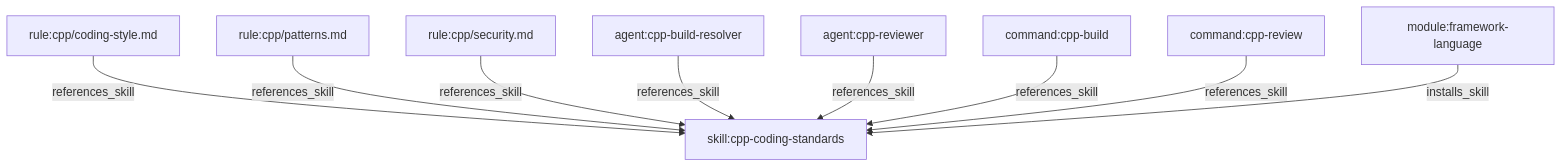
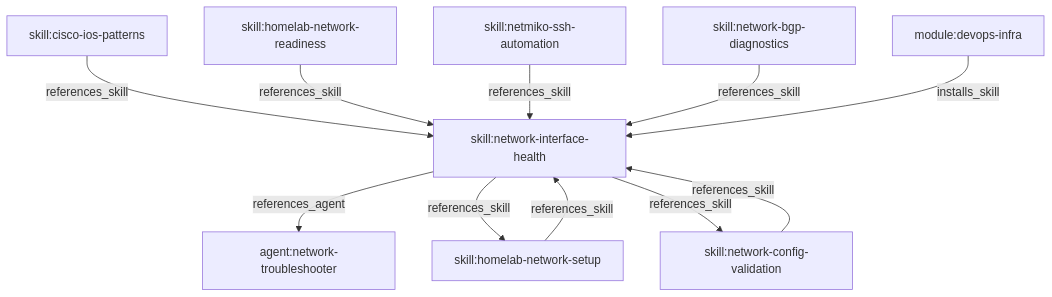
One commit to coderofmutou/ecc-custom changed the fifth of 10 diagrams in .claude/skills/dependency-graph/DEPENDENCY-GRAPH.md. Above: the diagram before and after it, drawn with Mermaid. The commit also changed other lines of this file and 95 other files, not shown here.

````diff
--- a/.claude/skills/dependency-graph/DEPENDENCY-GRAPH.md
+++ b/.claude/skills/dependency-graph/DEPENDENCY-GRAPH.md
@@ -307,11 +214,13 @@
 ```mermaid
 graph TD
-  rule_cpp_coding_style_md["rule:cpp/coding-style.md"] -->|references_skill| skill_cpp_coding_standards["skill:cpp-coding-standards"]
-  rule_cpp_patterns_md["rule:cpp/patterns.md"] -->|references_skill| skill_cpp_coding_standards["skill:cpp-coding-standards"]
-  rule_cpp_security_md["rule:cpp/security.md"] -->|references_skill| skill_cpp_coding_standards["skill:cpp-coding-standards"]
-  agent_cpp_build_resolver["agent:cpp-build-resolver"] -->|references_skill| skill_cpp_coding_standards["skill:cpp-coding-standards"]
-  agent_cpp_reviewer["agent:cpp-reviewer"] -->|references_skill| skill_cpp_coding_standards["skill:cpp-coding-standards"]
-  command_cpp_build["command:cpp-build"] -->|references_skill| skill_cpp_coding_standards["skill:cpp-coding-standards"]
-  command_cpp_review["command:cpp-review"] -->|references_skill| skill_cpp_coding_standards["skill:cpp-coding-standards"]
-  module_framework_language["module:framework-language"] -->|installs_skill| skill_cpp_coding_standards["skill:cpp-coding-standards"]
+  skill_cisco_ios_patterns["skill:cisco-ios-patterns"] -->|references_skill| skill_network_interface_health["skill:network-interface-health"]
+  skill_homelab_network_readiness["skill:homelab-network-readiness"] -->|references_skill| skill_network_interface_health["skill:network-interface-health"]
+  skill_homelab_network_setup["skill:homelab-network-setup"] -->|references_skill| skill_network_interface_health["skill:network-interface-health"]
+  skill_netmiko_ssh_automation["skill:netmiko-ssh-automation"] -->|references_skill| skill_network_interface_health["skill:network-interface-health"]
+  skill_network_bgp_diagnostics["skill:network-bgp-diagnostics"] -->|references_skill| skill_network_interface_health["skill:network-interface-health"]
+  skill_network_config_validation["skill:network-config-validation"] -->|references_skill| skill_network_interface_health["skill:network-interface-health"]
+  skill_network_interface_health["skill:network-interface-health"] -->|references_agent| agent_network_troubleshooter["agent:network-troubleshooter"]
+  skill_network_interface_health["skill:network-interface-health"] -->|references_skill| skill_homelab_network_setup["skill:homelab-network-setup"]
+  skill_network_interface_health["skill:network-interface-health"] -->|references_skill| skill_network_config_validation["skill:network-config-validation"]
+  module_devops_infra["module:devops-infra"] -->|installs_skill| skill_network_interface_health["skill:network-interface-health"]
 ```
````
